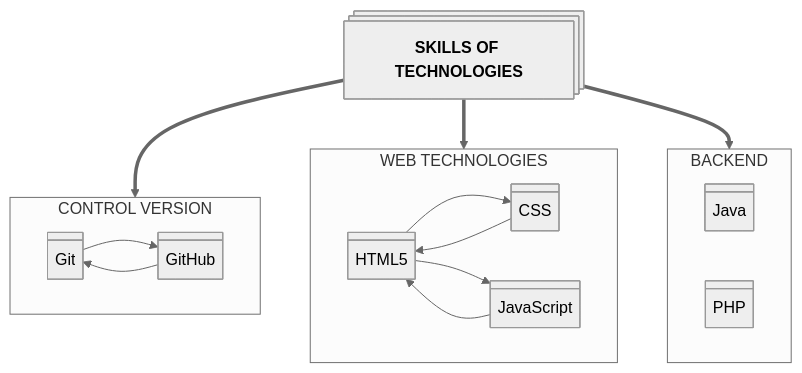
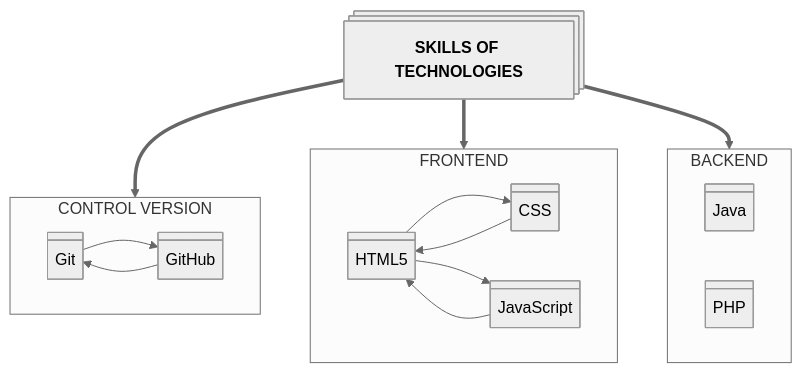
The diagram in README.md (akoykov/akoykov), drawn with Mermaid (neutral theme) before and after one commit.

Commit message:
fix: web --> frontend
Change WEB to FRONTENT in [44,45]

````diff
--- a/README.md
+++ b/README.md
@@ -18,44 +18,44 @@
 ```mermaid
 %% START SCRIPT
 graph TD
 %% DEFINE
 
   ROOT@{shape: processes, label: "**SKILLS OF TECHNOLOGIES**"}
   
   git@{shape: div-rect, label: "Git"}
   github@{shape: div-rect, label: "GitHub"}
 
   html@{shape: div-rect, label: "HTML5"}
   css@{shape: div-rect, label: "CSS"}
   js@{shape: div-rect, label: "JavaScript"}
 
   java@{shape: div-rect, label: "Java"}
   php@{shape: div-rect, label: "PHP"}
 
 %% END DEFINE
 %% LOGICS
 
   ROOT ==> CTR_VER
     subgraph CTR_VER [CONTROL VERSION]
       git --> github 
       github --> git
     end
 
-  ROOT ==> WEB
-    subgraph WEB [WEB TECHNOLOGIES]
+  ROOT ==> FRONTEND
+    subgraph FRONTEND [FRONTEND]
       css --> html 
       html --> css
 
       html --> js
       js --> html
     end
 
   ROOT ==> BACKEND
     subgraph BACKEND [BACKEND]
       java
       php
     end
 
 %% END LOGICS
 %% END SCRIPT
 ```
````
